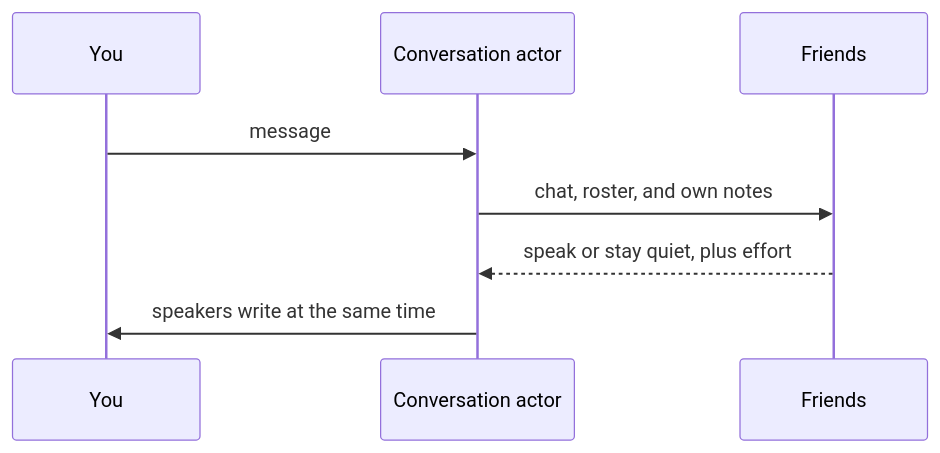
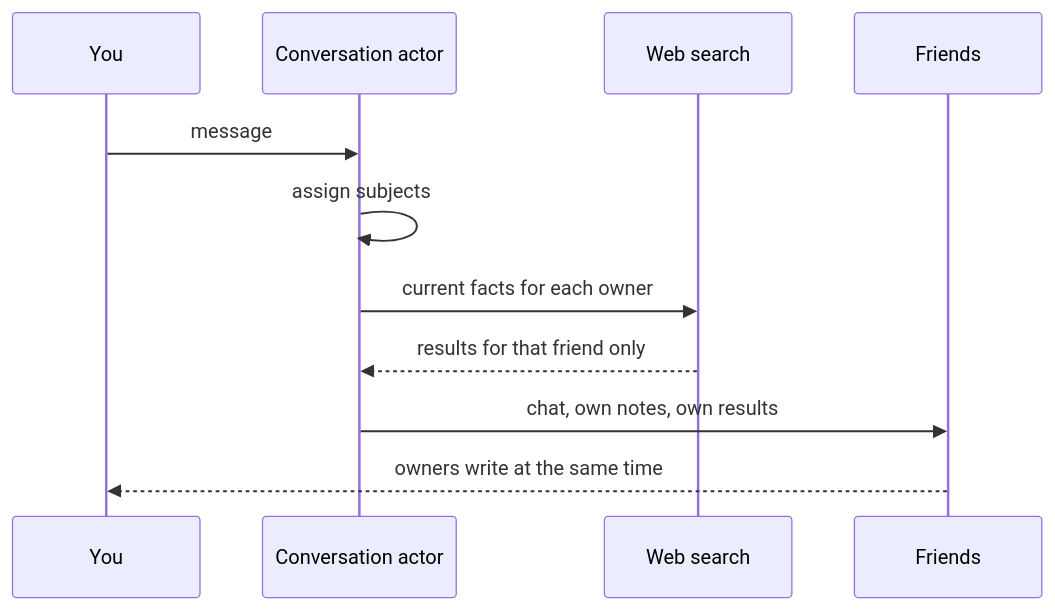
The second of 3 diagrams in docs/DESIGN.md (matthewli10/emanate), drawn with Mermaid before and after one commit. The commit also changed other lines of this file and 3 other files, not shown here.

````diff
--- a/docs/DESIGN.md
+++ b/docs/DESIGN.md
@@ -57,11 +59,14 @@
 ```mermaid
 sequenceDiagram
   participant You
   participant Conv as Conversation actor
+  participant Web as Web search
   participant Friends
 
   You->>Conv: message
-  Conv->>Friends: chat, roster, and own notes
-  Friends-->>Conv: speak or stay quiet, plus effort
-  Conv->>You: speakers write at the same time
+  Conv->>Conv: assign subjects
+  Conv->>Web: current facts for each owner
+  Web-->>Conv: results for that friend only
+  Conv->>Friends: chat, own notes, own results
+  Friends-->>You: owners write at the same time
 ```
````
